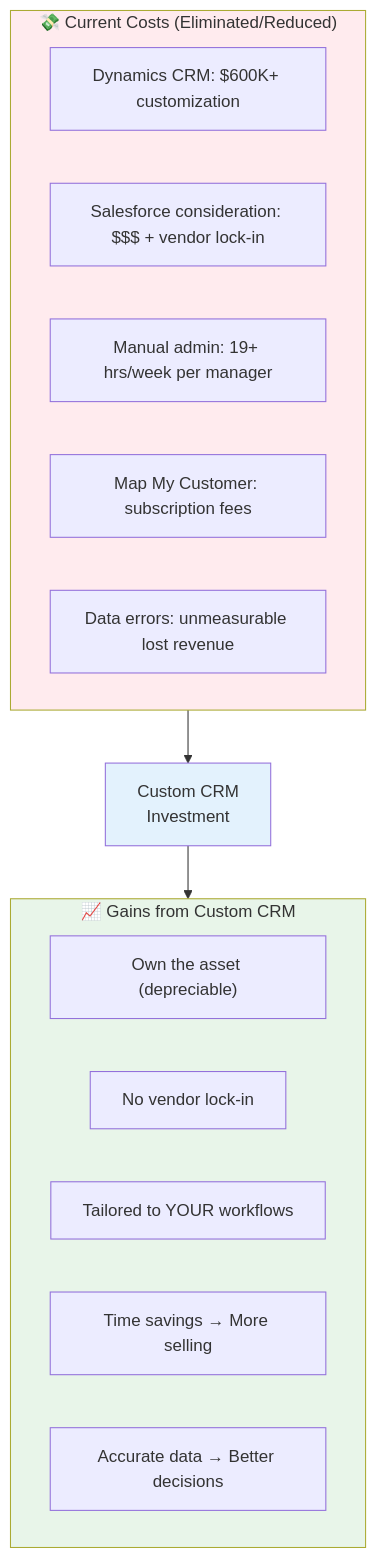
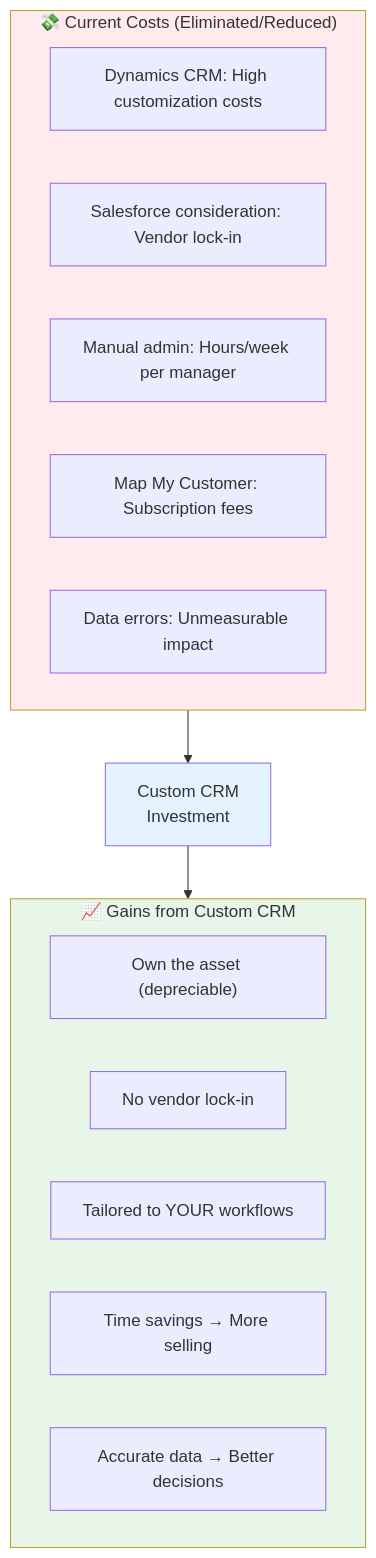
Before and after one commit to ahmadhassan91/dynamic-aqs: the eighth of 15 diagrams in docs/WORKFLOW_DIAGRAMS.md, drawn with Mermaid. The commit also changed other lines of this file and 2 other files, not shown here.

````diff
--- a/docs/WORKFLOW_DIAGRAMS.md
+++ b/docs/WORKFLOW_DIAGRAMS.md
@@ -308,25 +266,25 @@
 ```mermaid
 flowchart TB
     subgraph COSTS ["💸 Current Costs (Eliminated/Reduced)"]
-        C1["Dynamics CRM: $600K+ customization"]
-        C2["Salesforce consideration: $$$ + vendor lock-in"]
-        C3["Manual admin: 19+ hrs/week per manager"]
-        C4["Map My Customer: subscription fees"]
-        C5["Data errors: unmeasurable lost revenue"]
+        C1["Dynamics CRM: High customization costs"]
+        C2["Salesforce consideration: Vendor lock-in"]
+        C3["Manual admin: Hours/week per manager"]
+        C4["Map My Customer: Subscription fees"]
+        C5["Data errors: Unmeasurable impact"]
     end
     
     subgraph GAINS ["📈 Gains from Custom CRM"]
         G1["Own the asset (depreciable)"]
         G2["No vendor lock-in"]
         G3["Tailored to YOUR workflows"]
         G4["Time savings → More selling"]
         G5["Accurate data → Better decisions"]
     end
     
     COSTS --> TRANSFORM["Custom CRM<br/>Investment"]
     TRANSFORM --> GAINS
     
     style COSTS fill:#ffebee
     style GAINS fill:#e8f5e9
     style TRANSFORM fill:#e3f2fd
 ```
````
